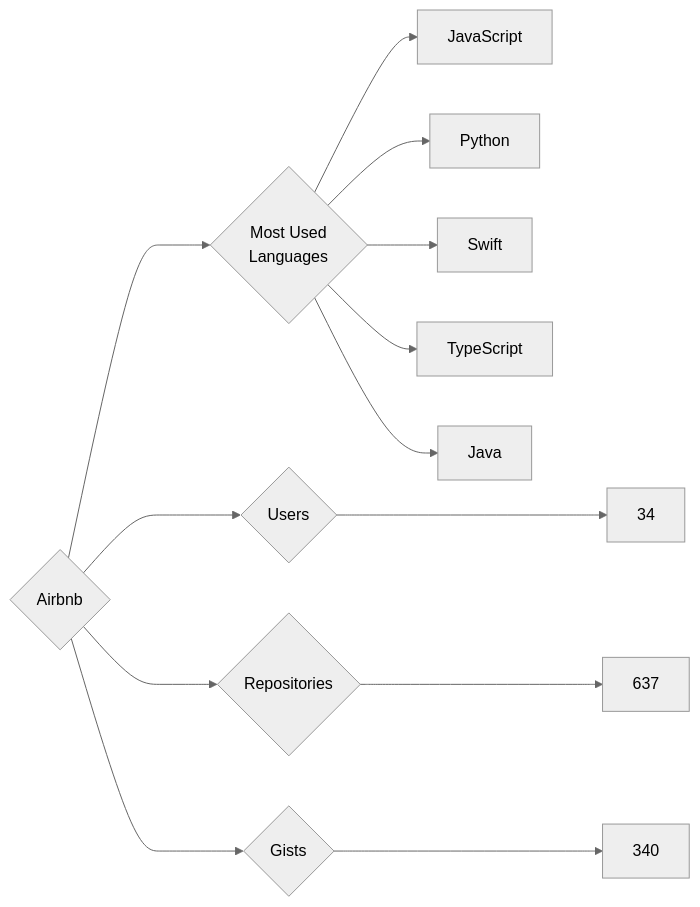
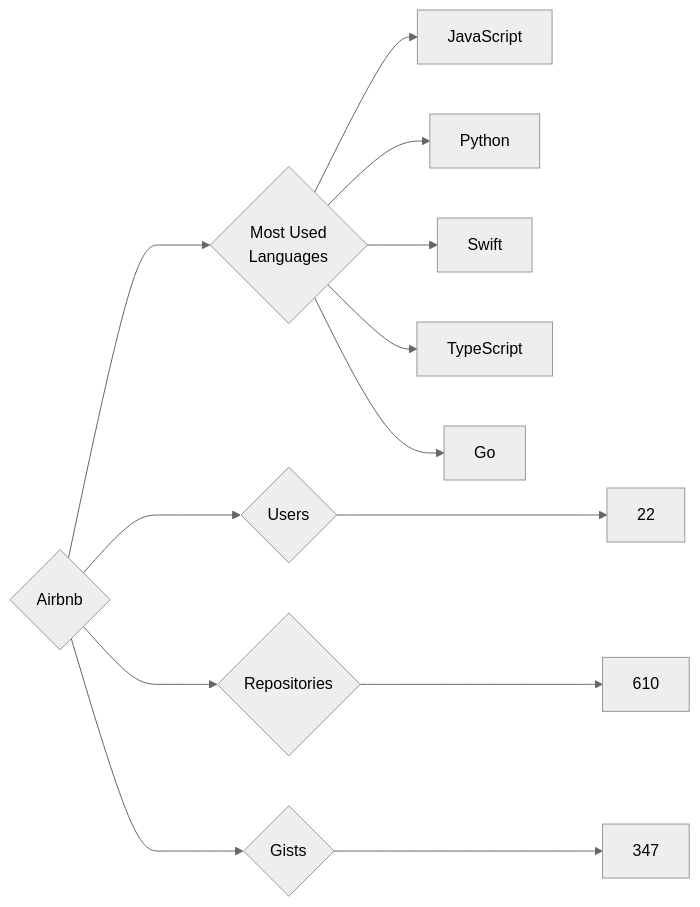
The diagram in targets/Airbnb/README.md (trickest/insiders), drawn with Mermaid (neutral theme) before and after one commit. The commit also changed 676 other files, not shown here.

````diff
--- a/targets/Airbnb/README.md
+++ b/targets/Airbnb/README.md
@@ -3,13 +3,13 @@
 ```mermaid
 graph LR
 COMPANY_NAME{Airbnb}
-COMPANY_NAME ---> U{Users} ---> UN[34]
-COMPANY_NAME ---> R{Repositories} ---> RN[637]
-COMPANY_NAME ---> G{Gists} ---> GN[340]
+COMPANY_NAME ---> U{Users} ---> UN[22]
+COMPANY_NAME ---> R{Repositories} ---> RN[610]
+COMPANY_NAME ---> G{Gists} ---> GN[347]
 COMPANY_NAME ---> ML{Most Used<br>Languages}
 ML --> JavaScript[JavaScript]
 ML --> Python[Python]
 ML --> Swift[Swift]
 ML --> TypeScript[TypeScript]
-ML --> Java[Java]
+ML --> Go[Go]
 ```
````
